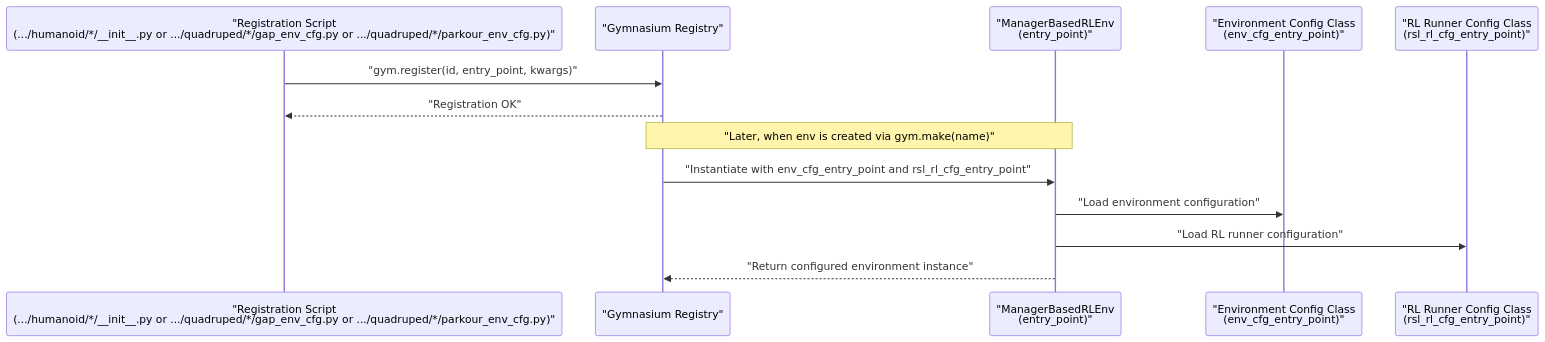
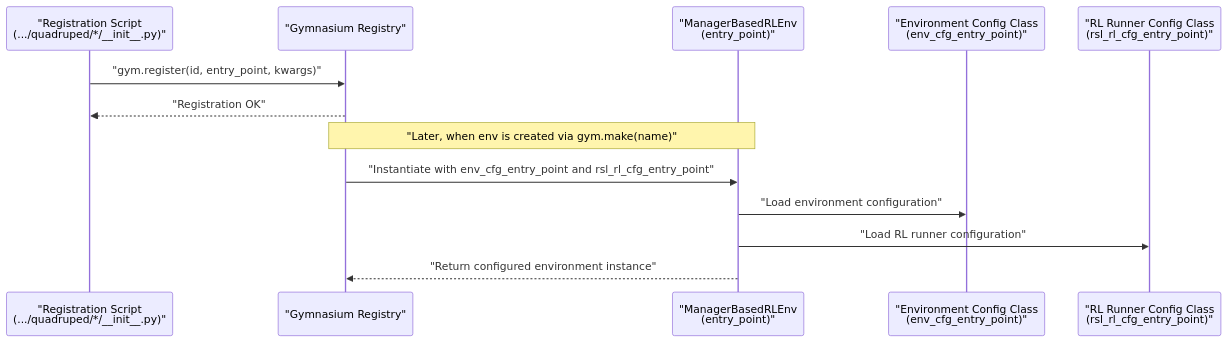
The second of 4 diagrams in .qoder/repowiki/en/content/Environment System/Environment Registration Framework.md (jayjayhust/robot_lab), drawn with Mermaid before and after one commit. The commit also changed other lines of this file and 9 other files, not shown here.

````diff
--- a/.qoder/repowiki/en/content/Environment System/Environment Registration Framework.md
+++ b/.qoder/repowiki/en/content/Environment System/Environment Registration Framework.md
@@ -139,15 +104,15 @@
 ```mermaid
 sequenceDiagram
-participant Reg as "Registration Script<br/>(.../humanoid/*/__init__.py or .../quadruped/*/gap_env_cfg.py or .../quadruped/*/parkour_env_cfg.py)"
+participant Reg as "Registration Script<br/>(.../quadruped/*/__init__.py)"
 participant Gym as "Gymnasium Registry"
 participant Env as "ManagerBasedRLEnv<br/>(entry_point)"
 participant Cfg as "Environment Config Class<br/>(env_cfg_entry_point)"
 participant RL as "RL Runner Config Class<br/>(rsl_rl_cfg_entry_point)"
 Reg->>Gym : "gym.register(id, entry_point, kwargs)"
 Gym-->>Reg : "Registration OK"
 Note over Gym,Env : "Later, when env is created via gym.make(name)"
 Gym->>Env : "Instantiate with env_cfg_entry_point and rsl_rl_cfg_entry_point"
 Env->>Cfg : "Load environment configuration"
 Env->>RL : "Load RL runner configuration"
 Env-->>Gym : "Return configured environment instance"
 ```
````
